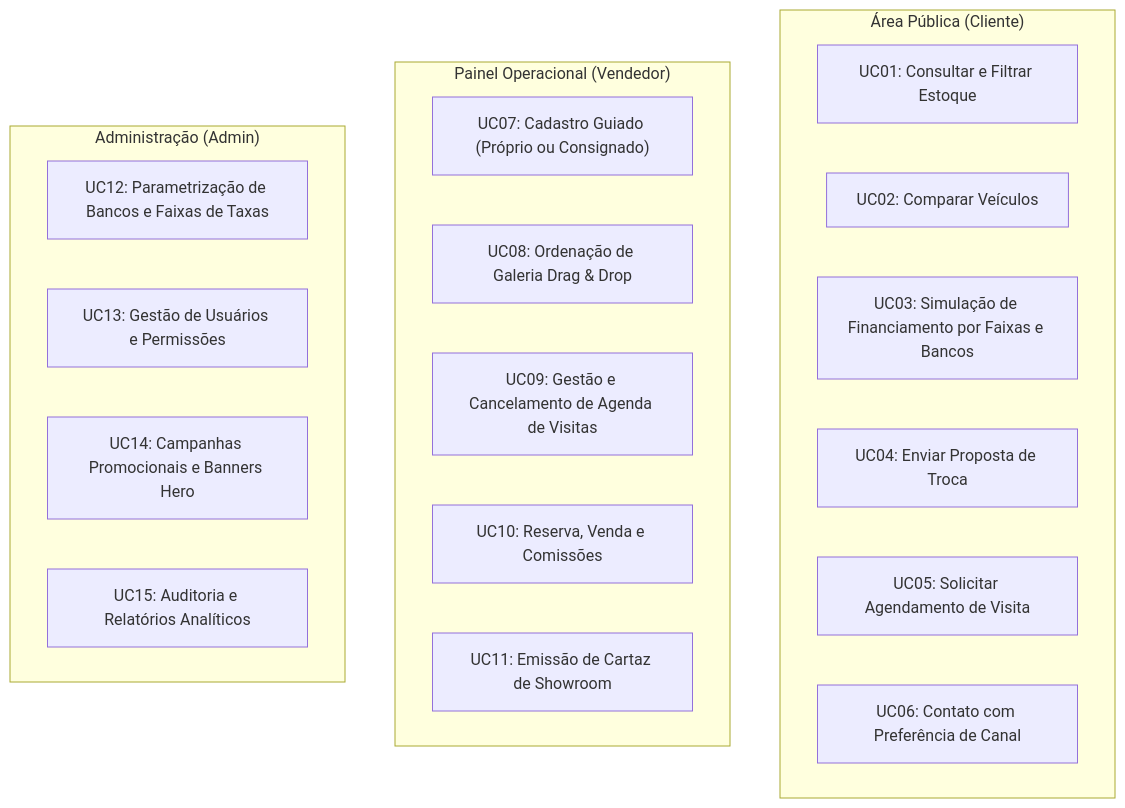
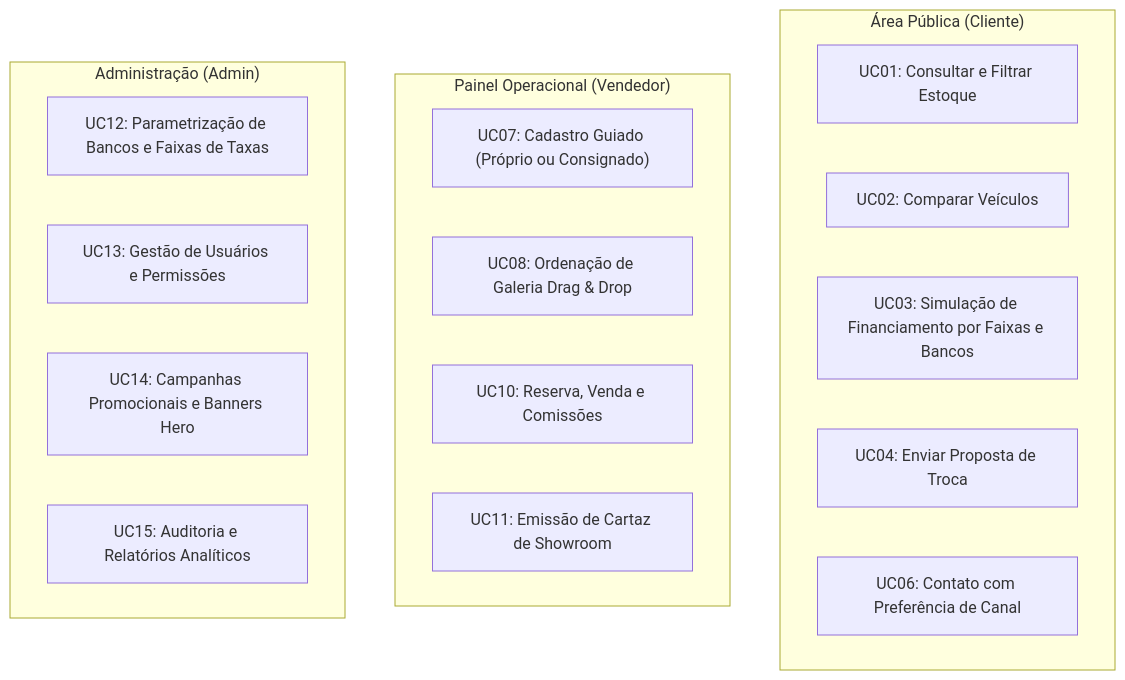
One commit to RaulDoug/back-end-site-garagem changed the first of 2 diagrams in Docs/docs.md. Above: the diagram before and after it, drawn with Mermaid. The commit also changed other lines of this file and 10 other files, not shown here.

````diff
--- a/Docs/docs.md
+++ b/Docs/docs.md
@@ -28,26 +28,24 @@
 ```mermaid
 flowchart TD
     subgraph Publico["Área Pública (Cliente)"]
         UC01["UC01: Consultar e Filtrar Estoque"]
         UC02["UC02: Comparar Veículos"]
         UC03["UC03: Simulação de Financiamento por Faixas e Bancos"]
         UC04["UC04: Enviar Proposta de Troca"]
-        UC05["UC05: Solicitar Agendamento de Visita"]
         UC06["UC06: Contato com Preferência de Canal"]
     end
 
     subgraph Operacional["Painel Operacional (Vendedor)"]
         UC07["UC07: Cadastro Guiado (Próprio ou Consignado)"]
         UC08["UC08: Ordenação de Galeria Drag & Drop"]
-        UC09["UC09: Gestão e Cancelamento de Agenda de Visitas"]
         UC10["UC10: Reserva, Venda e Comissões"]
         UC11["UC11: Emissão de Cartaz de Showroom"]
     end
 
     subgraph Gestao["Administração (Admin)"]
         UC12["UC12: Parametrização de Bancos e Faixas de Taxas"]
         UC13["UC13: Gestão de Usuários e Permissões"]
         UC14["UC14: Campanhas Promocionais e Banners Hero"]
         UC15["UC15: Auditoria e Relatórios Analíticos"]
     end
 ```
````
